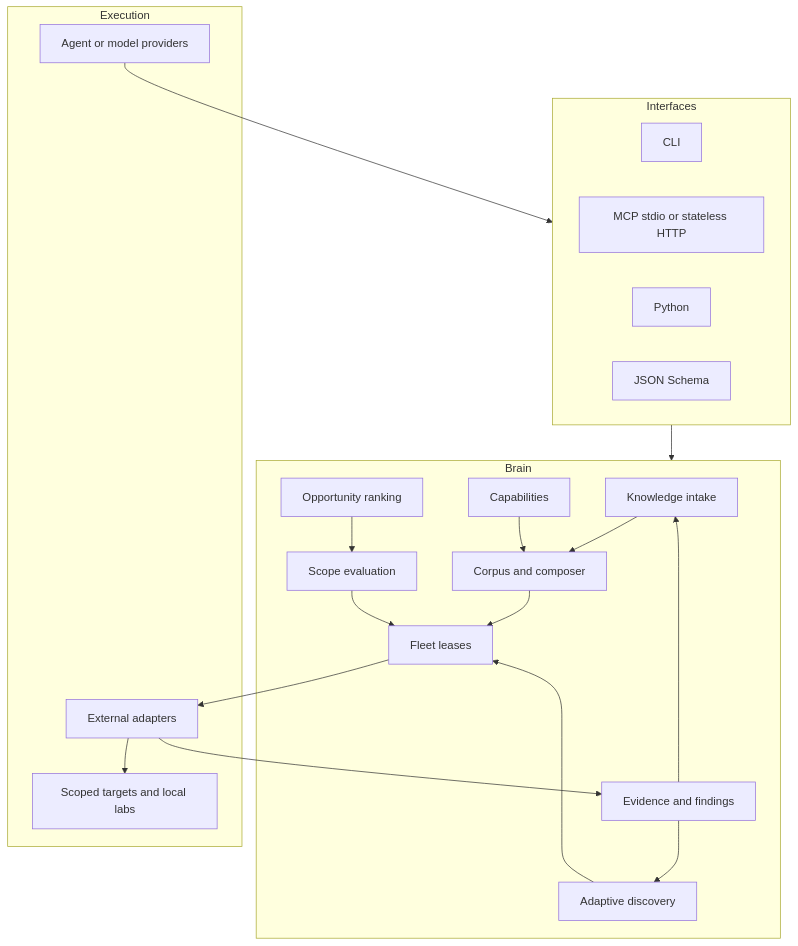
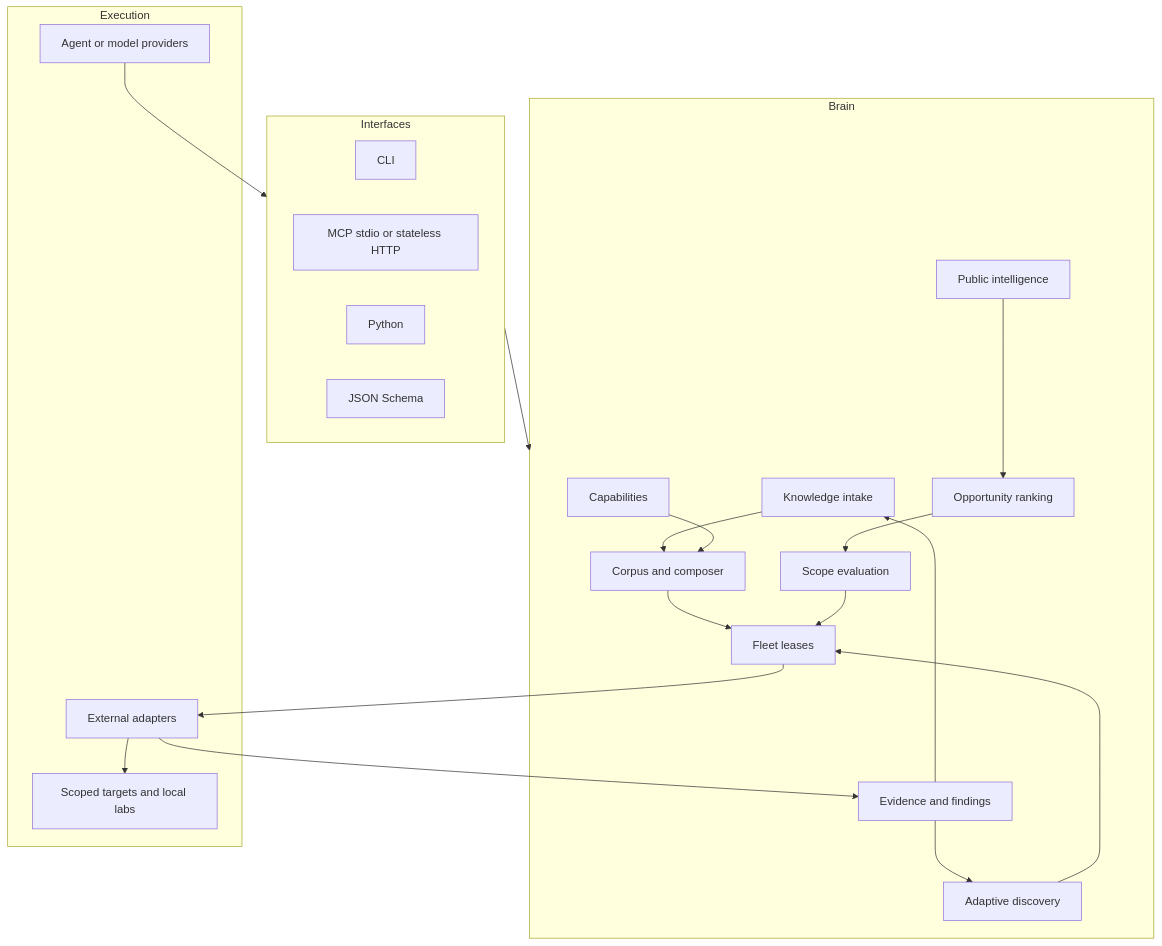
Before and after one commit to kappa9999/white-hat-agent: the diagram in docs/architecture.md, drawn with Mermaid. The commit also changed other lines of this file and 59 other files, not shown here.

````diff
--- a/docs/architecture.md
+++ b/docs/architecture.md
@@ -15,37 +15,39 @@
 ```mermaid
 flowchart TB
     subgraph Interfaces
       CLI[CLI]
       MCP[MCP stdio or stateless HTTP]
       PY[Python]
       JS[JSON Schema]
     end
     subgraph Brain
       KI[Knowledge intake]
       CO[Corpus and composer]
       CA[Capabilities]
+      IN[Public intelligence]
       OP[Opportunity ranking]
       SC[Scope evaluation]
       FL[Fleet leases]
       DI[Adaptive discovery]
       EV[Evidence and findings]
     end
     subgraph Execution
       AD[External adapters]
       AG[Agent or model providers]
       TG[Scoped targets and local labs]
     end
     Interfaces --> Brain
     KI --> CO
     CA --> CO
+    IN --> OP
     OP --> SC
     CO --> FL
     SC --> FL
     FL --> AD
     AG --> Interfaces
     AD --> TG
     AD --> EV
     EV --> DI
     DI --> FL
     EV --> KI
 ```
````
